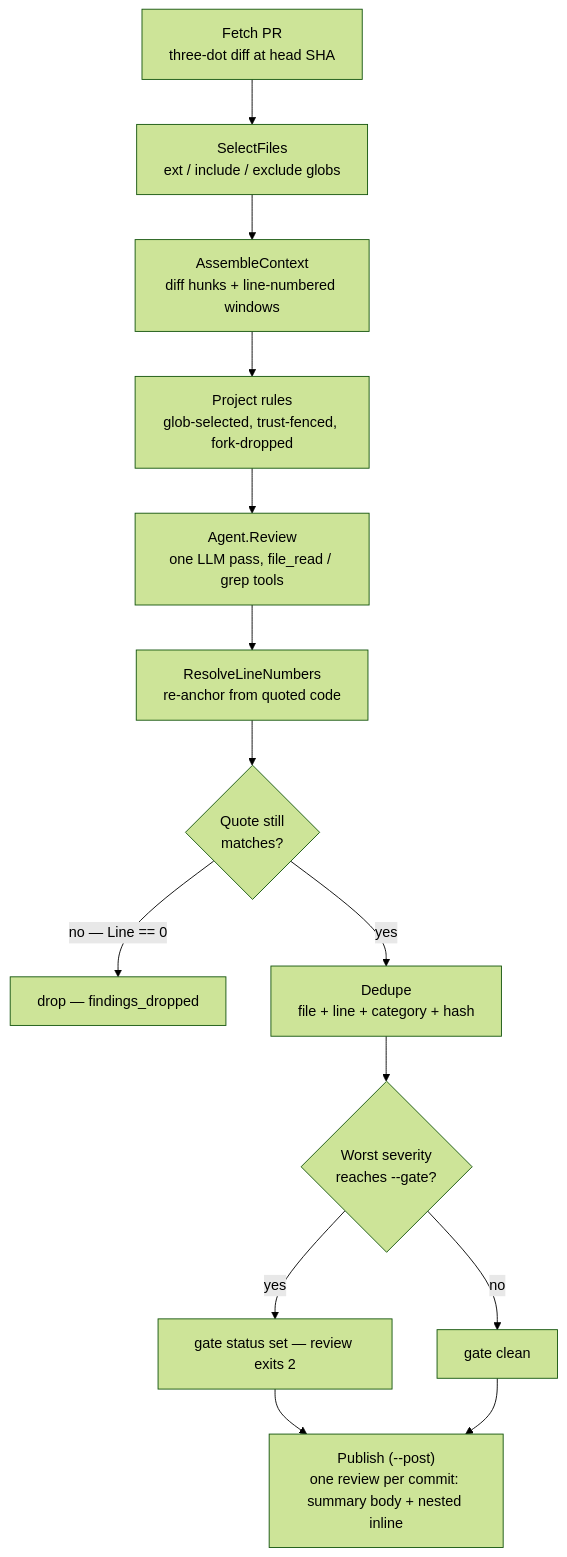
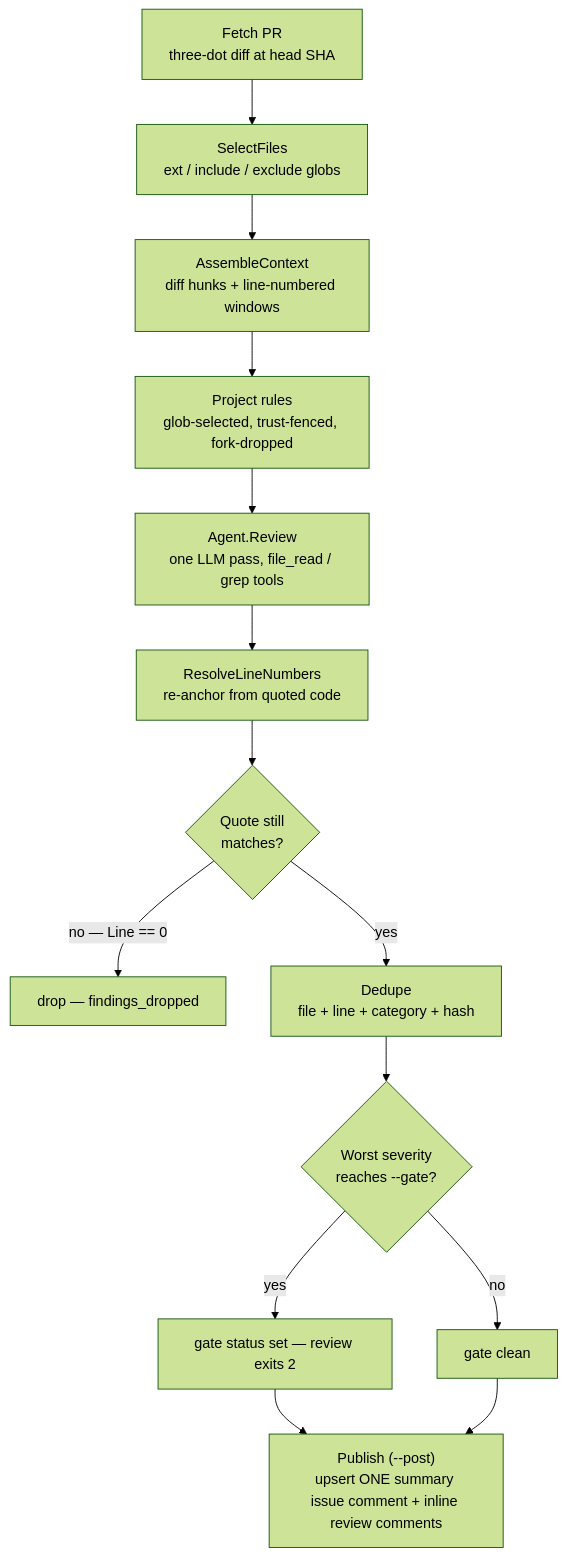
Before and after one commit to vanducng/miu-cr: the second of 10 diagrams in docs/content/architecture.md, drawn with Mermaid (forest theme). The commit also changed other lines of this file and 17 other files, not shown here.

First line of the commit message:
feat(review): upsert one summary issue-comment (greptile-style), demote metadata to collapsed details

````diff
--- a/docs/content/architecture.md
+++ b/docs/content/architecture.md
@@ -74,16 +74,16 @@
 ```mermaid
 flowchart TD
     A["Fetch PR<br/>three-dot diff at head SHA"] --> B["SelectFiles<br/>ext / include / exclude globs"]
     B --> C["AssembleContext<br/>diff hunks + line-numbered windows"]
     C --> D["Project rules<br/>glob-selected, trust-fenced, fork-dropped"]
     D --> E["Agent.Review<br/>one LLM pass, file_read / grep tools"]
     E --> F["ResolveLineNumbers<br/>re-anchor from quoted code"]
     F --> G{"Quote still<br/>matches?"}
     G -->|"no — Line == 0"| Drop["drop — findings_dropped"]
     G -->|"yes"| H["Dedupe<br/>file + line + category + hash"]
     H --> I{"Worst severity<br/>reaches --gate?"}
     I -->|"yes"| Gate["gate status set — review exits 2"]
     I -->|"no"| Pass["gate clean"]
-    Gate --> P["Publish (--post)<br/>one review per commit: summary body + nested inline"]
+    Gate --> P["Publish (--post)<br/>upsert ONE summary issue comment + inline review comments"]
     Pass --> P
 ```
````
